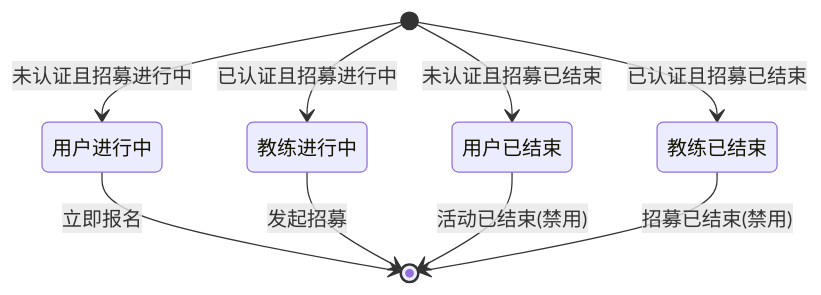
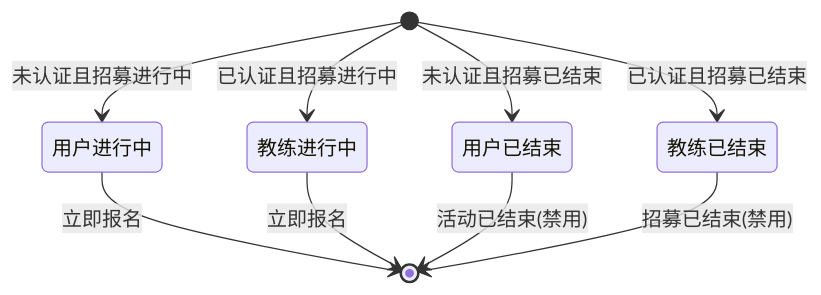
One commit to cgd1093702532-star/personal-site changed the diagram in docs/miniprogram/pages/活动详情.md. Above: the diagram before and after it, drawn with Mermaid. The commit also changed other lines of this file and 204 other files, not shown here.

````diff
--- a/docs/miniprogram/pages/活动详情.md
+++ b/docs/miniprogram/pages/活动详情.md
@@ -121,11 +133,11 @@
 ```mermaid
 stateDiagram-v2
   [*] --> 用户进行中: 未认证且招募进行中
   [*] --> 教练进行中: 已认证且招募进行中
   [*] --> 用户已结束: 未认证且招募已结束
   [*] --> 教练已结束: 已认证且招募已结束
   用户进行中 --> [*]: 立即报名
-  教练进行中 --> [*]: 发起招募
+  教练进行中 --> [*]: 立即报名
   用户已结束 --> [*]: 活动已结束(禁用)
   教练已结束 --> [*]: 招募已结束(禁用)
 ```
````
